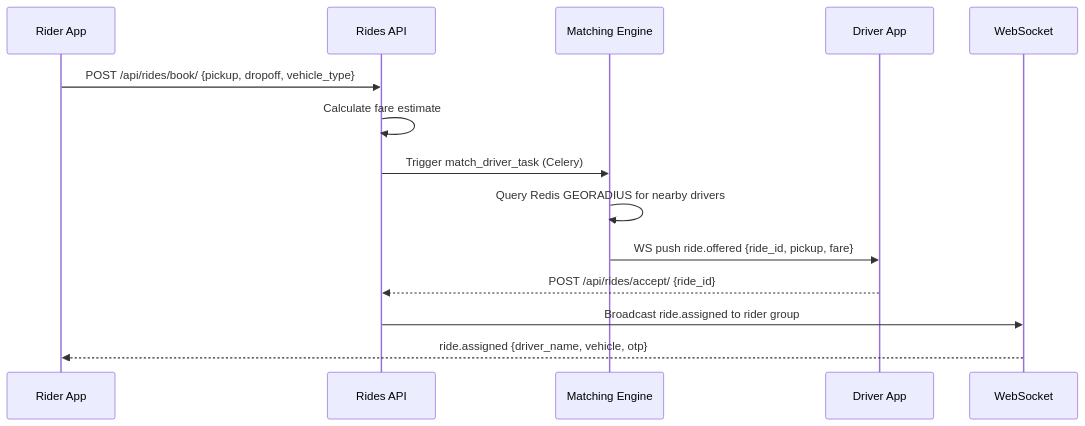
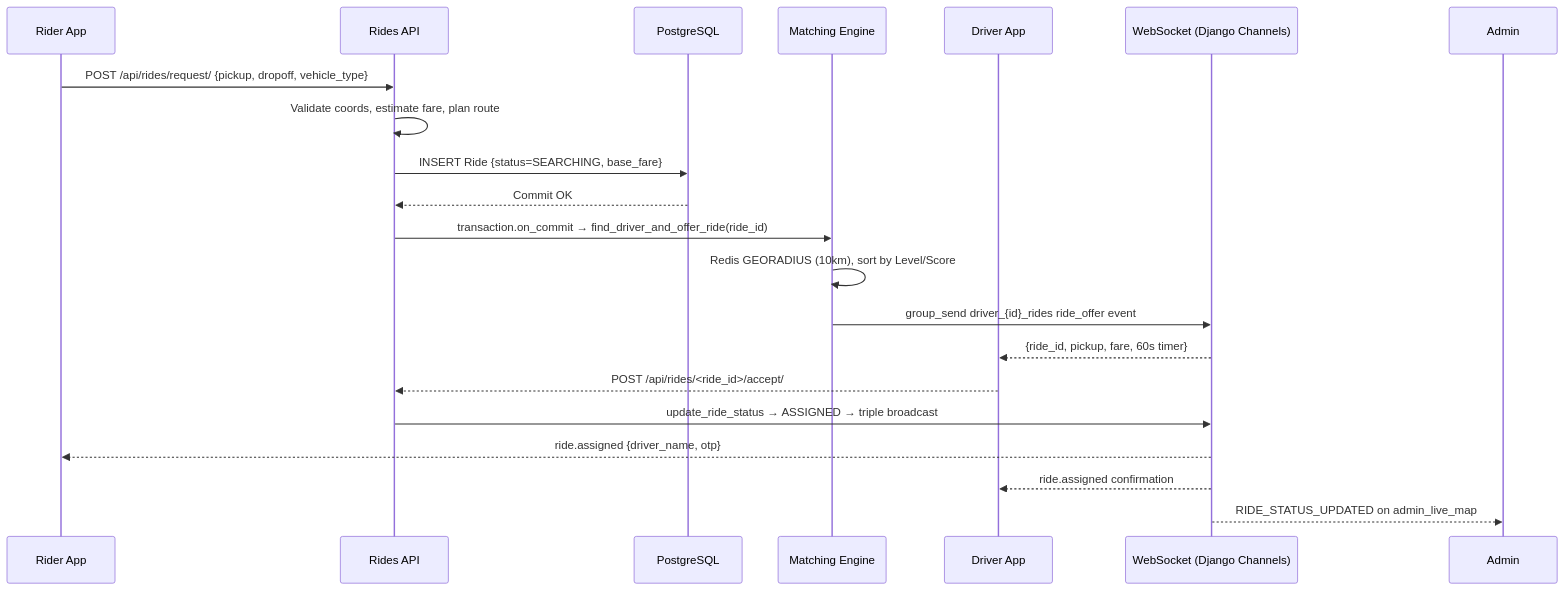
Before and after one commit to sanjaikumarask/uber--clone: the diagram in docs/3.Rides/5.Workflows/Ride_Booking.md, drawn with Mermaid. The commit also changed other lines of this file and 116 other files, not shown here.

Commit message:
Admin Dashboard Stabilization: Fixed WebSocket auth flood, resolved Fare Config Crashes, and enhanced Ride Resolution workflow with detailed documentation.

````diff
--- a/docs/3.Rides/5.Workflows/Ride_Booking.md
+++ b/docs/3.Rides/5.Workflows/Ride_Booking.md
@@ -42,17 +42,23 @@
 ```mermaid
 sequenceDiagram
-participant Rider as Rider App
-participant API as Rides API
-participant Match as Matching Engine
-participant Driver as Driver App
-participant WS as WebSocket
+    participant Rider as Rider App
+    participant API as Rides API
+    participant DB as PostgreSQL
+    participant Match as Matching Engine
+    participant Driver as Driver App
+    participant WS as WebSocket (Django Channels)
 
-Rider->>API: POST /api/rides/book/ {pickup, dropoff, vehicle_type}
-API->>API: Calculate fare estimate
-API->>Match: Trigger match_driver_task (Celery)
-Match->>Match: Query Redis GEORADIUS for nearby drivers
-Match->>Driver: WS push ride.offered {ride_id, pickup, fare}
-Driver-->>API: POST /api/rides/accept/ {ride_id}
-API->>WS: Broadcast ride.assigned to rider group
-WS-->>Rider: ride.assigned {driver_name, vehicle, otp}
+    Rider->>API: POST /api/rides/request/ {pickup, dropoff, vehicle_type}
+    API->>API: Validate coords, estimate fare, plan route
+    API->>DB: INSERT Ride {status=SEARCHING, base_fare}
+    DB-->>API: Commit OK
+    API->>Match: transaction.on_commit → find_driver_and_offer_ride(ride_id)
+    Match->>Match: Redis GEORADIUS (10km), sort by Level/Score
+    Match->>WS: group_send driver_{id}_rides ride_offer event
+    WS-->>Driver: {ride_id, pickup, fare, 60s timer}
+    Driver-->>API: POST /api/rides/<ride_id>/accept/
+    API->>WS: update_ride_status → ASSIGNED → triple broadcast
+    WS-->>Rider: ride.assigned {driver_name, otp}
+    WS-->>Driver: ride.assigned confirmation
+    WS-->>Admin: RIDE_STATUS_UPDATED on admin_live_map
 ```
````
